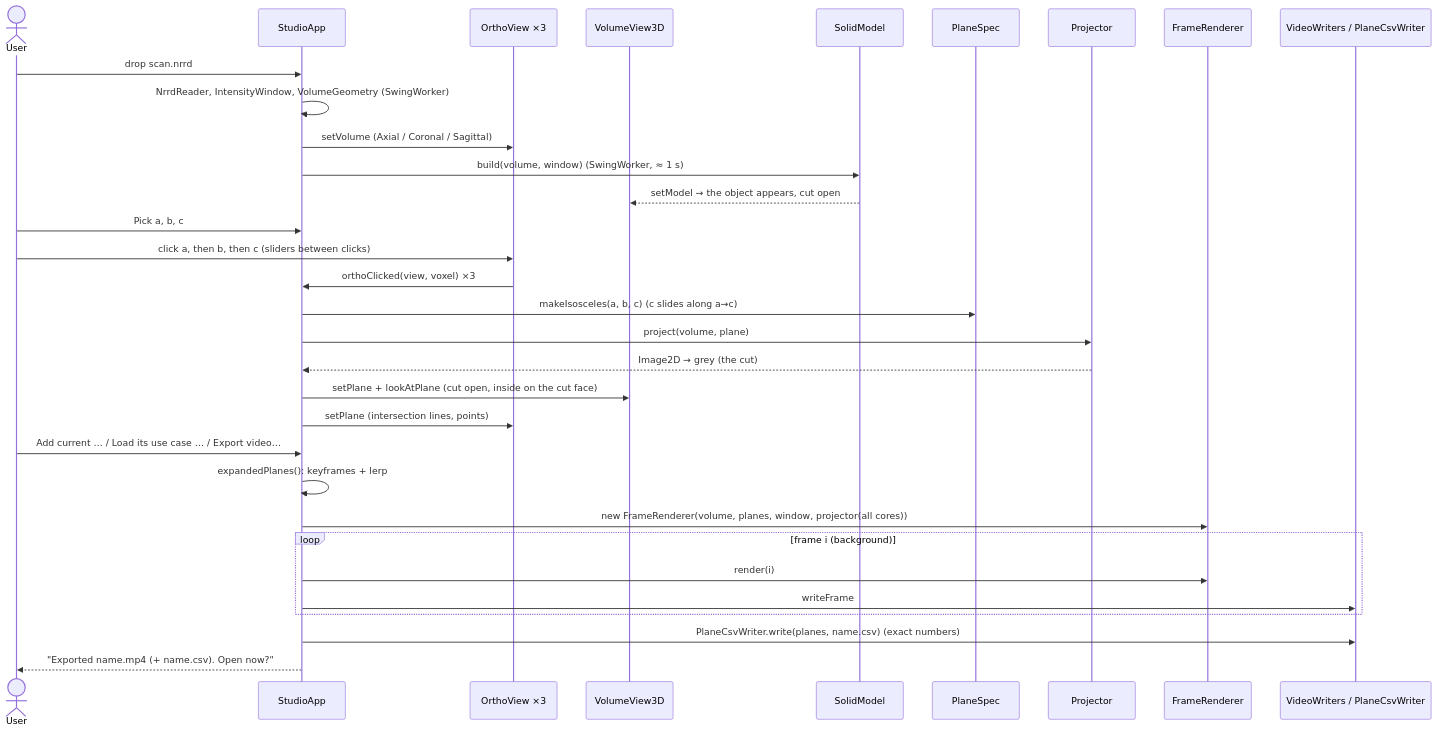
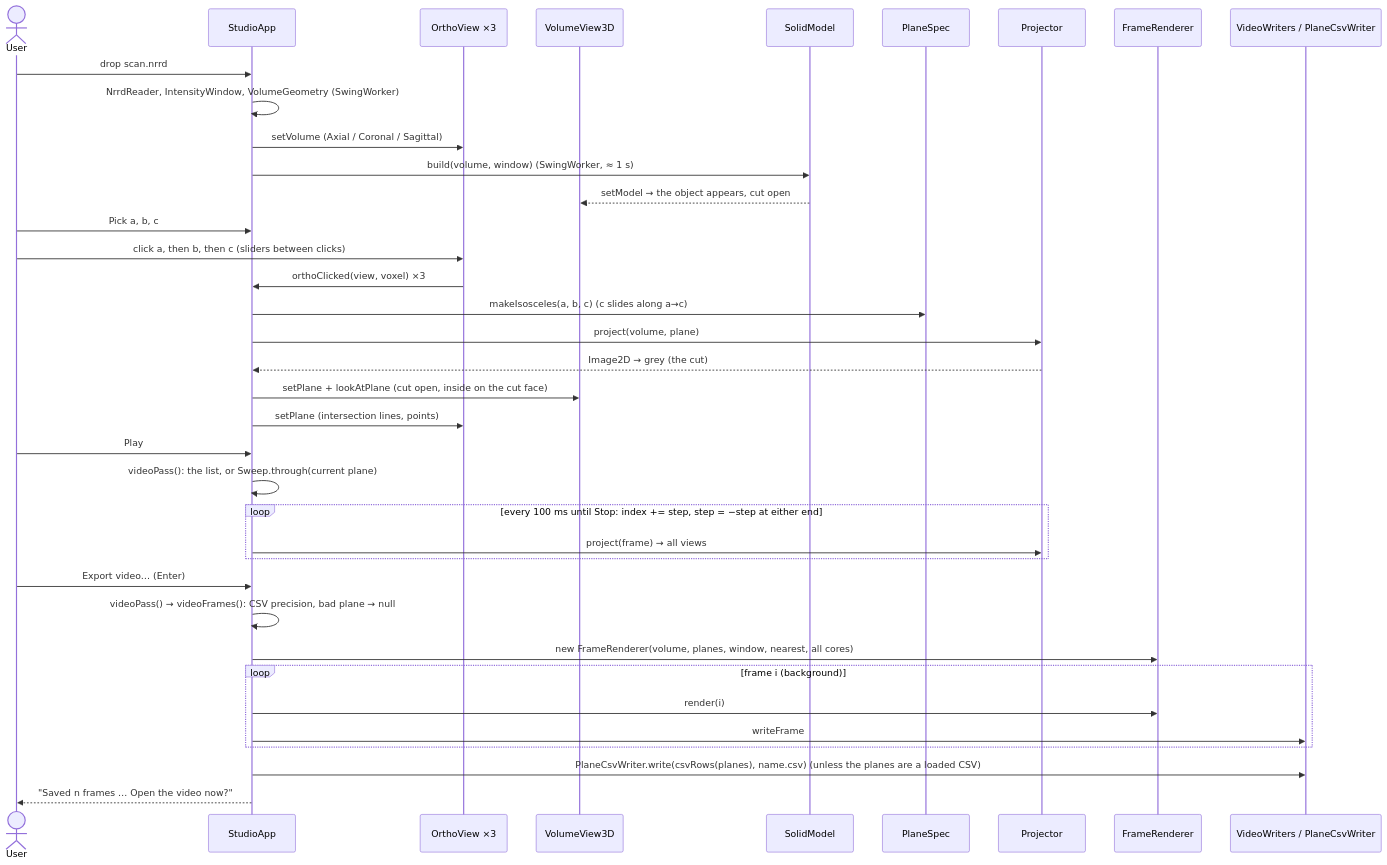
The sixth of 6 diagrams in docs/SDD.md (NoamTheGolem/Intro2SE_Ex1), drawn with Mermaid before and after one commit. The commit also changed other lines of this file and 13 other files, not shown here.

````diff
--- a/docs/SDD.md
+++ b/docs/SDD.md
@@ -324,34 +342,39 @@
 ```mermaid
 sequenceDiagram
     actor U as User
     participant S as StudioApp
     participant O as OrthoView ×3
     participant V3 as VolumeView3D
     participant M as SolidModel
     participant PS as PlaneSpec
     participant P as Projector
     participant R as FrameRenderer
     participant W as VideoWriters / PlaneCsvWriter
     U->>S: drop scan.nrrd
     S->>S: NrrdReader, IntensityWindow, VolumeGeometry (SwingWorker)
     S->>O: setVolume (Axial / Coronal / Sagittal)
     S->>M: build(volume, window) (SwingWorker, ≈ 1 s)
     M-->>V3: setModel → the object appears, cut open
     U->>S: Pick a, b, c
     U->>O: click a, then b, then c (sliders between clicks)
     O->>S: orthoClicked(view, voxel) ×3
     S->>PS: makeIsosceles(a, b, c)  (c slides along a→c)
     S->>P: project(volume, plane)
     P-->>S: Image2D → grey (the cut)
     S->>V3: setPlane + lookAtPlane (cut open, inside on the cut face)
     S->>O: setPlane (intersection lines, points)
-    U->>S: Add current … / Load its use case … / Export video…
-    S->>S: expandedPlanes(): keyframes + lerp
-    S->>R: new FrameRenderer(volume, planes, window, projector(all cores))
+    U->>S: Play
+    S->>S: videoPass(): the list, or Sweep.through(current plane)
+    loop every 100 ms until Stop: index += step, step = −step at either end
+        S->>P: project(frame) → all views
+    end
+    U->>S: Export video… (Enter)
+    S->>S: videoPass() → videoFrames(): CSV precision, bad plane → null
+    S->>R: new FrameRenderer(volume, planes, window, nearest, all cores)
     loop frame i (background)
         S->>R: render(i)
         S->>W: writeFrame
     end
-    S->>W: PlaneCsvWriter.write(planes, name.csv)  (exact numbers)
-    S-->>U: "Exported name.mp4 (+ name.csv). Open now?"
+    S->>W: PlaneCsvWriter.write(csvRows(planes), name.csv)  (unless the planes are a loaded CSV)
+    S-->>U: "Saved n frames … Open the video now?"
 ```
````
